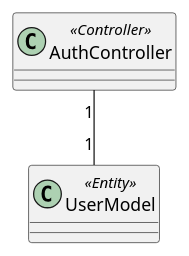
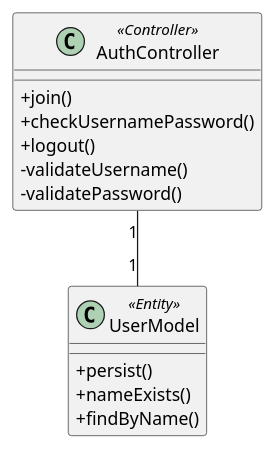
The diagram in docs/ooa/login-logout/vopc.puml (Lorilandly/ESN), drawn with PlantUML before and after one commit. The commit also changed 1 other file, not shown here.

Commit message:
Add Controller and Model Methods to Seq and VOPC

```diff
--- a/docs/ooa/login-logout/vopc.puml
+++ b/docs/ooa/login-logout/vopc.puml
@@ -1,8 +1,20 @@
 @startuml
 
-class AuthController <<Controller>>
-class UserModel <<Entity>>
+skinparam ClassAttributeIconSize 0
+
+class AuthController <<Controller>> {
+    + join()
+    + checkUsernamePassword()
+    + logout()
+    - validateUsername()
+    - validatePassword()
+}
+class UserModel <<Entity>> {
+    + persist()
+    + nameExists()
+    + findByName()
+}
 
 AuthController "1" -- "1" UserModel 
 
 @enduml
```
